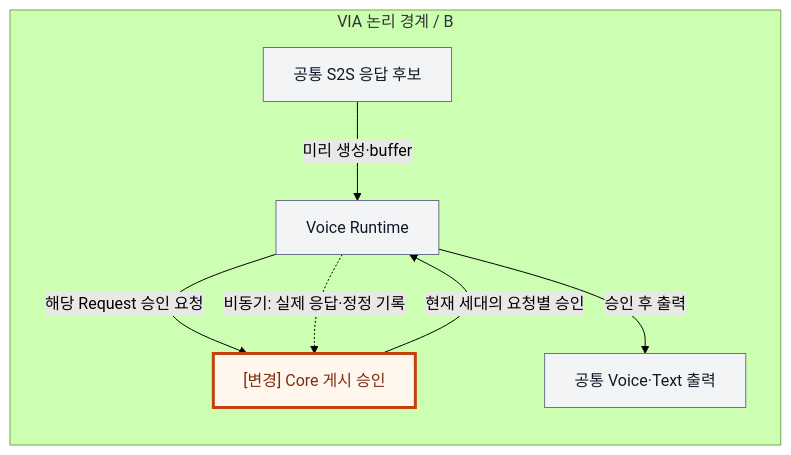
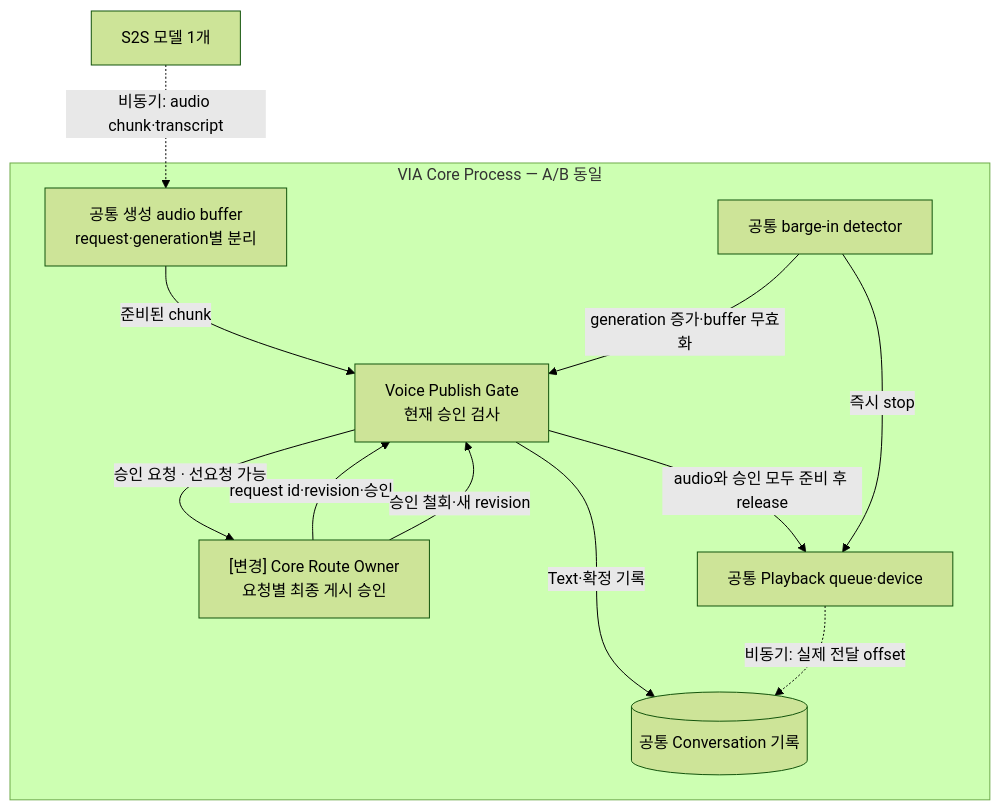
Before and after one commit to cbyche/via-sw-architecture: the third of 4 diagrams in docs/architecture/12-decisions/via-dp-04-response-authority.md, drawn with Mermaid (forest theme). The commit also changed other lines of this file and 59 other files, not shown here.

Commit message:
docs: consolidate comprehensive VIA decision inventory and implementation diagrams

````diff
--- a/docs/architecture/12-decisions/via-dp-04-response-authority.md
+++ b/docs/architecture/12-decisions/via-dp-04-response-authority.md
@@ -70,16 +83,15 @@
 ```mermaid
 flowchart TB
- subgraph V["VIA 논리 경계 / B"]
- direction TB
- S["공통 S2S 응답 후보"] -->|미리 생성·buffer| R["Voice Runtime"]
- R -->|해당 Request 승인 요청| C["[변경] Core 게시 승인"]
- C -->|현재 세대의 요청별 승인| R
- R -->|승인 후 출력| O["공통 Voice·Text 출력"]
- R -.->|비동기: 실제 응답·정정 기록| C
+ S["S2S 모델 1개"] -.->|"비동기: audio chunk·transcript"| B
+ subgraph V["VIA Core Process — A/B 동일"]
+ C["[변경] Core Route Owner<br/>요청별 최종 게시 승인"] -->|"request id·revision·승인"| G["Voice Publish Gate<br/>현재 승인 검사"]
+ B["공통 생성 audio buffer<br/>request·generation별 분리"] -->|"준비된 chunk"| G
+ G -->|"승인 요청 · 선요청 가능"| C
+ G -->|"audio와 승인 모두 준비 후 release"| P["공통 Playback queue·device"]
+ G -->|"Text·확정 기록"| H[("공통 Conversation 기록")]
+ P -.->|"비동기: 실제 전달 offset"| H
+ U["공통 barge-in detector"] -->|"즉시 stop"| P
+ U -->|"generation 증가·buffer 무효화"| G
+ C -->|"승인 철회·새 revision"| G
  end
-
-classDef common fill:#F3F4F6,stroke:#64748B,color:#111827;
-classDef change fill:#FFF7ED,stroke:#C2410C,stroke-width:3px,color:#7C2D12;
-class S,R,O common;
-class C change;
 ```
````
